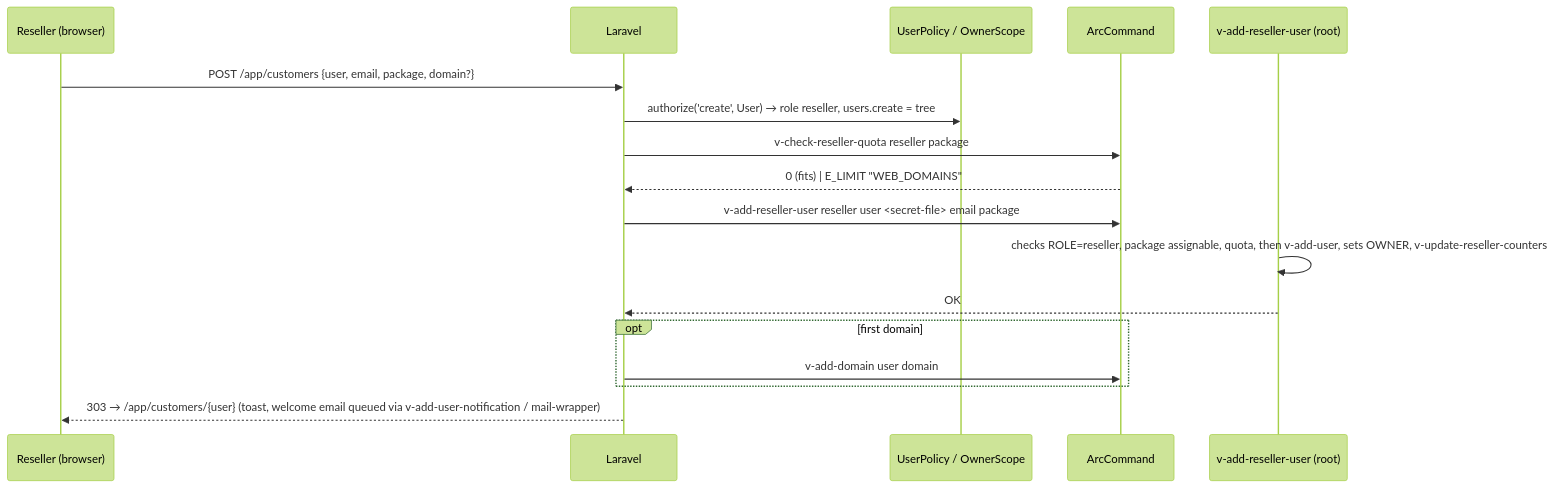
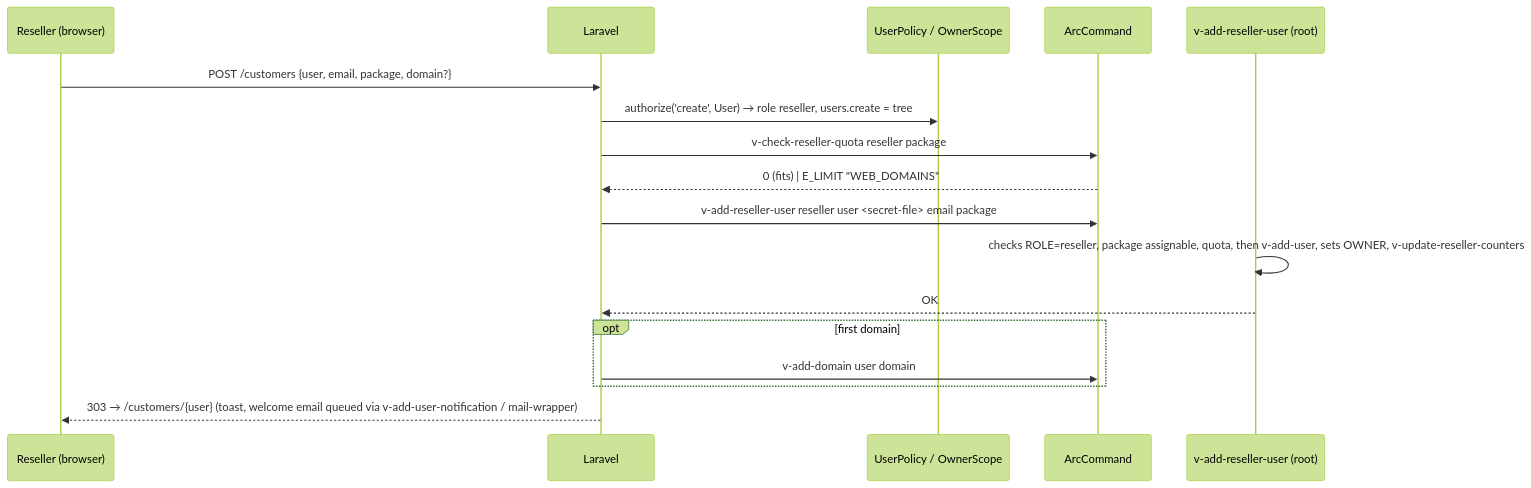
The second of 2 diagrams in docs/design/03-tenancy-and-authorization.md (arc-panel-oss/arcpanel), drawn with Mermaid (forest theme) before and after one commit. The commit also changed other lines of this file and 20 other files, not shown here.

````diff
--- a/docs/design/03-tenancy-and-authorization.md
+++ b/docs/design/03-tenancy-and-authorization.md
@@ -250,20 +250,20 @@
 ```mermaid
 sequenceDiagram
   participant R as Reseller (browser)
   participant L as Laravel
   participant P as UserPolicy / OwnerScope
   participant H as ArcCommand
   participant C as v-add-reseller-user (root)
 
-  R->>L: POST /app/customers {user, email, package, domain?}
+  R->>L: POST /customers {user, email, package, domain?}
   L->>P: authorize('create', User) → role reseller, users.create = tree
   L->>H: v-check-reseller-quota reseller package
   H-->>L: 0 (fits) | E_LIMIT "WEB_DOMAINS"
   L->>H: v-add-reseller-user reseller user <secret-file> email package
   C->>C: checks ROLE=reseller, package assignable, quota, then v-add-user, sets OWNER, v-update-reseller-counters
   C-->>L: OK
   opt first domain
     L->>H: v-add-domain user domain
   end
-  L-->>R: 303 → /app/customers/{user} (toast, welcome email queued via v-add-user-notification / mail-wrapper)
+  L-->>R: 303 → /customers/{user} (toast, welcome email queued via v-add-user-notification / mail-wrapper)
 ```
````
